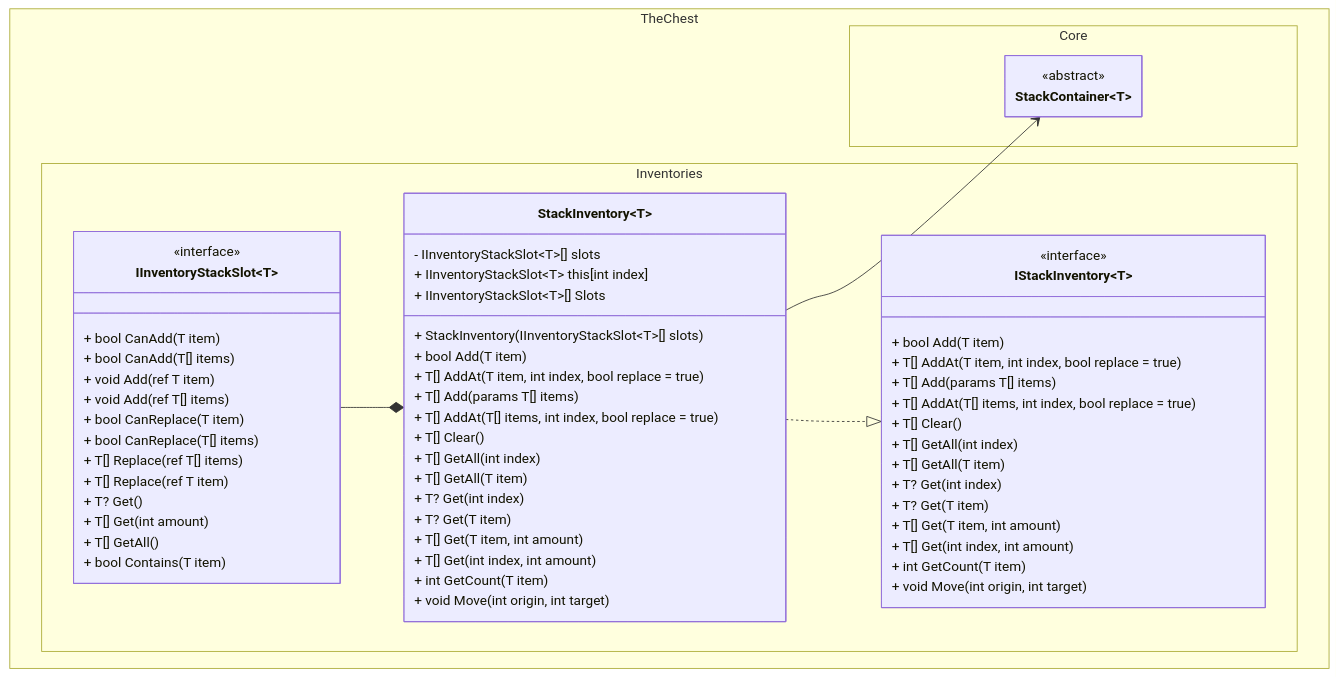
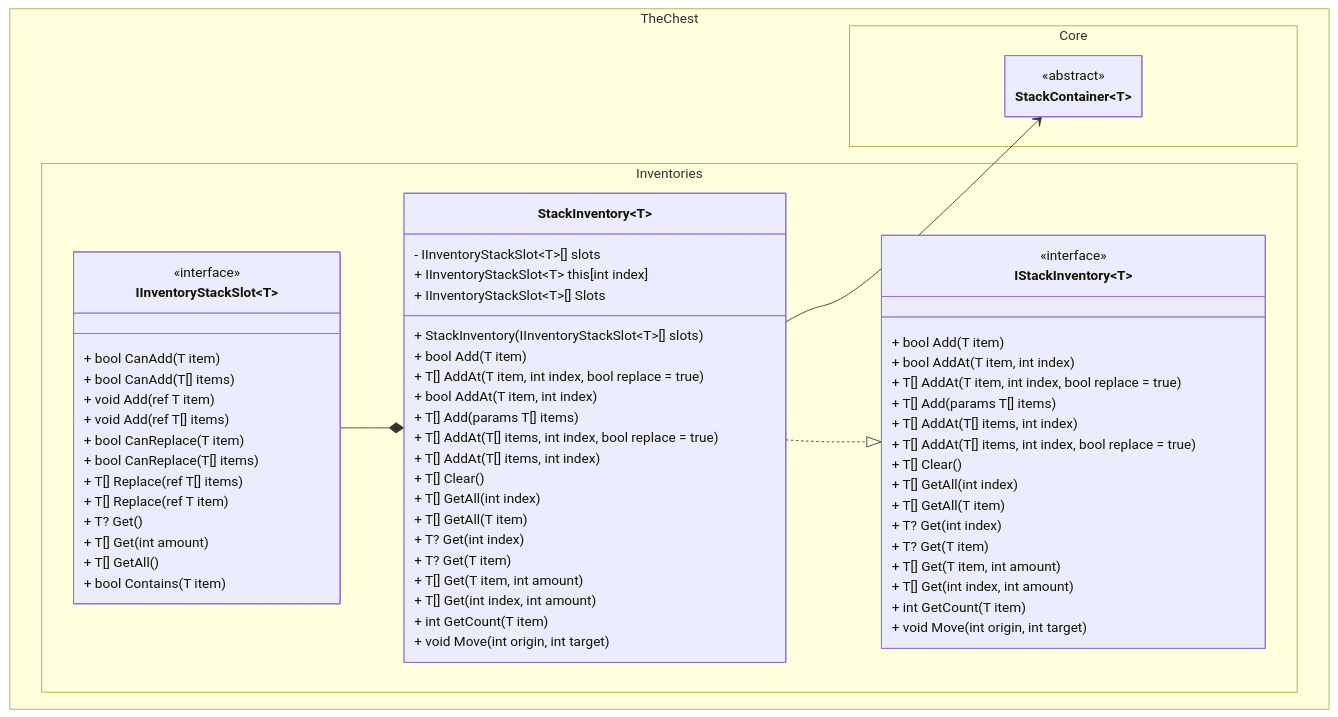
The first of 2 diagrams in docs/stack_inventory/class_diagram.md (The-Chest/TheChest.Inventories), drawn with Mermaid before and after one commit.

Commit message:
Adds AddAt to docs/stack_inventory/class_diagram.md

````diff
--- a/docs/stack_inventory/class_diagram.md
+++ b/docs/stack_inventory/class_diagram.md
@@ -4,73 +4,77 @@
 ```mermaid
 ---
 config:
   theme: mc
   look: classic
   class:
     hideEmptyMembersBox: true
 ---
 classDiagram
 direction TB
     namespace TheChest.Core{
         class StackContainer~T~ {
         }
     }
     
     namespace TheChest.Inventories{
         class StackInventory~T~ {
             - IInventoryStackSlot~T~[] slots
             + IInventoryStackSlot~T~ this[int index]
             + IInventoryStackSlot~T~[] Slots
             + StackInventory(IInventoryStackSlot~T~[] slots)
             + bool Add(T item)
             + T[] AddAt(T item, int index, bool replace = true)
+            + bool AddAt(T item, int index)
             + T[] Add(params T[] items)
             + T[] AddAt(T[] items, int index, bool replace = true)
+            + T[] AddAt(T[] items, int index)
             + T[] Clear()
             + T[] GetAll(int index)
             + T[] GetAll(T item)
             + T? Get(int index)
             + T? Get(T item)
             + T[] Get(T item, int amount)
             + T[] Get(int index, int amount)
             + int GetCount(T item)
             + void Move(int origin, int target)
         }    
         class IInventoryStackSlot~T~ {
             + bool CanAdd(T item)
             + bool CanAdd(T[] items)
             + void Add(ref T item)
             + void Add(ref T[] items)
             + bool CanReplace(T item)
             + bool CanReplace(T[] items)
             + T[] Replace(ref T[] items)
             + T[] Replace(ref T item)
             + T? Get()
             + T[] Get(int amount)
             + T[] GetAll()
             + bool Contains(T item)
         }
         class IStackInventory~T~ {
             + bool Add(T item)
+            + bool AddAt(T item, int index)
             + T[] AddAt(T item, int index, bool replace = true)
             + T[] Add(params T[] items)
+            + T[] AddAt(T[] items, int index)
             + T[] AddAt(T[] items, int index, bool replace = true)
             + T[] Clear()
             + T[] GetAll(int index)
             + T[] GetAll(T item)
             + T? Get(int index)
             + T? Get(T item)
             + T[] Get(T item, int amount)
             + T[] Get(int index, int amount)
             + int GetCount(T item)
             + void Move(int origin, int target)
         }
     }
 	<<abstract>> StackContainer
 	<<interface>> IStackInventory
 	<<interface>> IInventoryStackSlot
 
     StackInventory ..|> IStackInventory
     StackInventory --> StackContainer
     IInventoryStackSlot --* StackInventory
 ```
````
